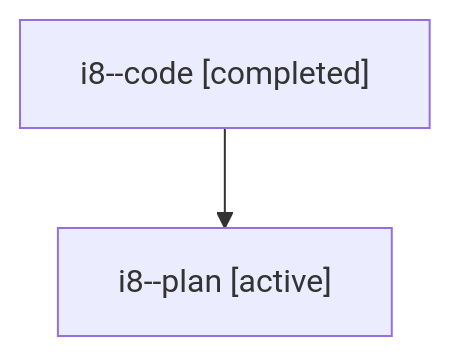
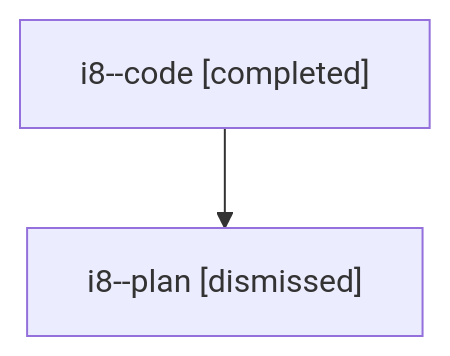
One commit to sase-org/sase--agents changed the diagram in sessions/bbugyi200.athena.i8.md. Above: the diagram before and after it, drawn with Mermaid. The commit also changed other lines of this file and 33 other files, not shown here.

````diff
--- a/sessions/bbugyi200.athena.i8.md
+++ b/sessions/bbugyi200.athena.i8.md
@@ -9,6 +9,6 @@
 ```mermaid
 flowchart TD
   n0["i8--code [completed]"]
-  n1["i8--plan [active]"]
+  n1["i8--plan [dismissed]"]
   n0 --> n1
 ```
````
